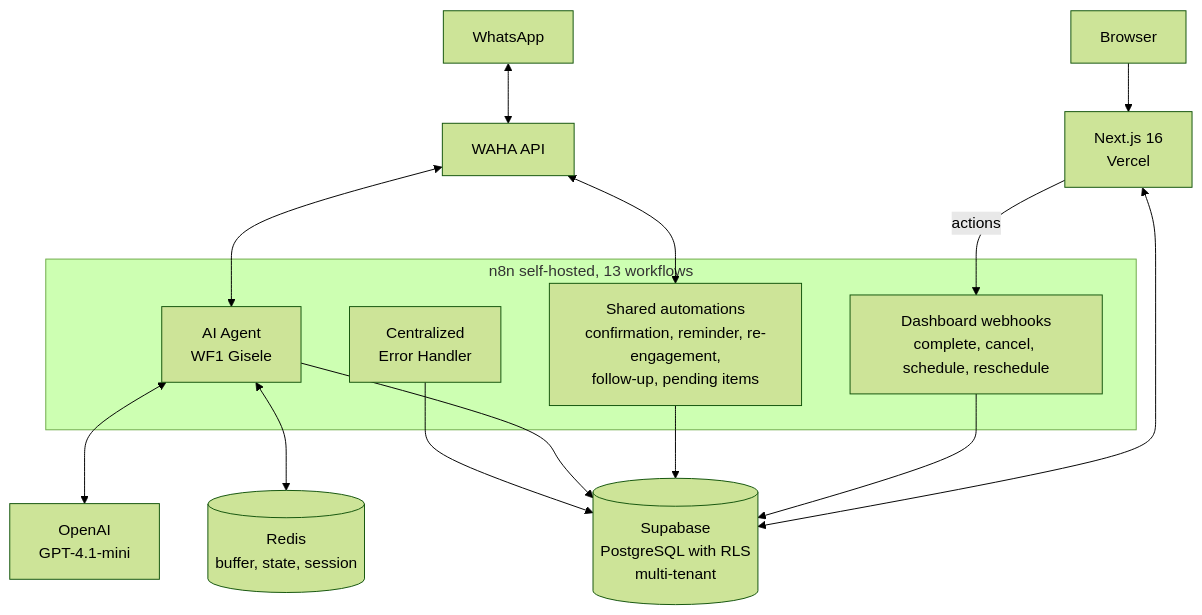
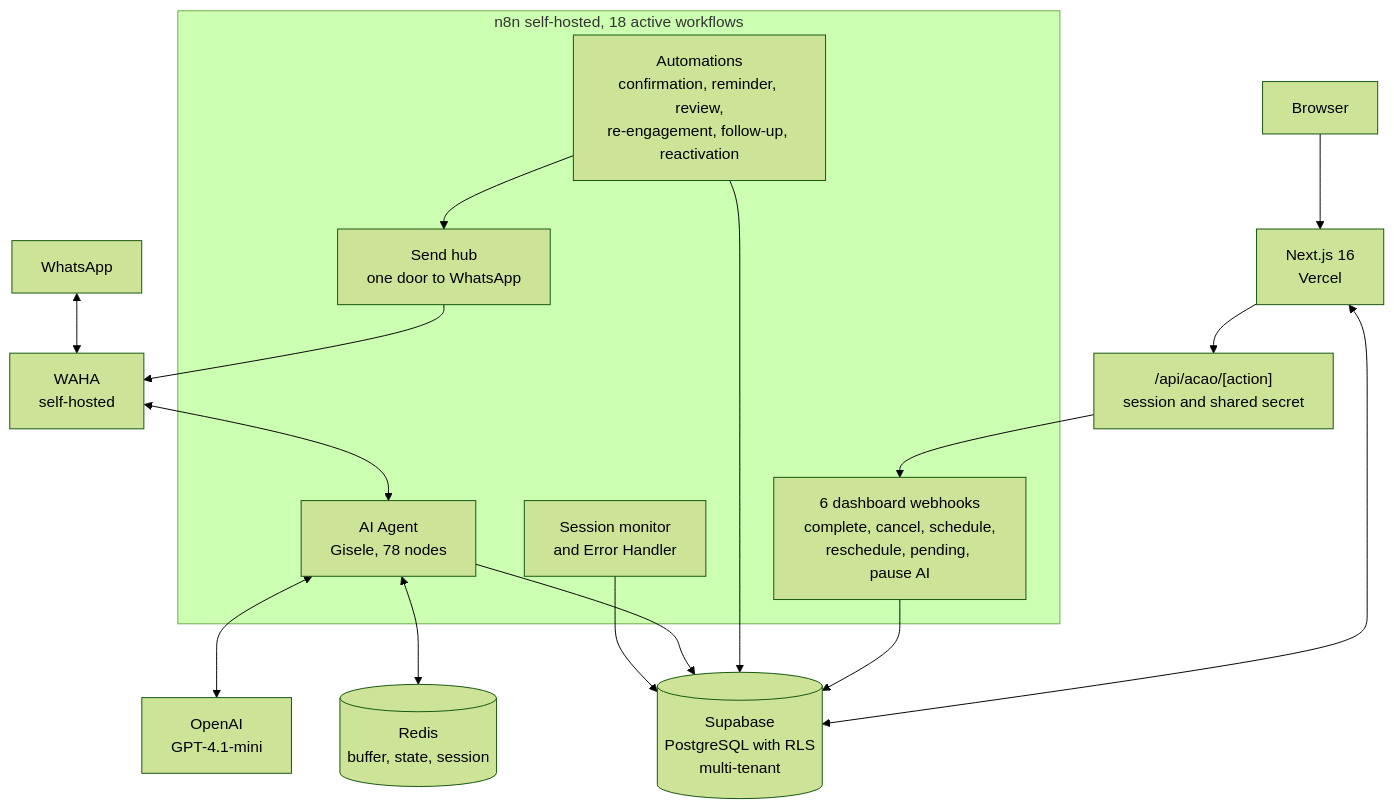
Before and after one commit to Guilherme-Bosco/mns-control-showcase: the diagram in README.md, drawn with Mermaid (forest theme). The commit also changed other lines of this file, not shown here.

````diff
--- a/README.md
+++ b/README.md
@@ -82,32 +95,36 @@
 ```mermaid
 flowchart TB
     WA["WhatsApp"]
-    Zap["WAHA API"]
+    WAHA["WAHA<br/>self-hosted"]
     GPT["OpenAI<br/>GPT-4.1-mini"]
     Redis[("Redis<br/>buffer, state, session")]
 
-    subgraph n8n_layer["n8n self-hosted, 13 workflows"]
-        Agent["AI Agent<br/>WF1 Gisele"]
-        Auto["Shared automations<br/>confirmation, reminder, re-engagement,<br/>follow-up, pending items"]
-        Webhooks["Dashboard webhooks<br/>complete, cancel, schedule, reschedule"]
-        ErrHandler["Centralized<br/>Error Handler"]
+    subgraph n8n_layer["n8n self-hosted, 18 active workflows"]
+        Agent["AI Agent<br/>Gisele, 78 nodes"]
+        Central["Send hub<br/>one door to WhatsApp"]
+        Auto["Automations<br/>confirmation, reminder, review,<br/>re-engagement, follow-up, reactivation"]
+        Webhooks["6 dashboard webhooks<br/>complete, cancel, schedule,<br/>reschedule, pending, pause AI"]
+        Monitor["Session monitor<br/>and Error Handler"]
     end
 
     Browser["Browser"]
     NextJS["Next.js 16<br/>Vercel"]
+    Route["/api/acao/[action]<br/>session and shared secret"]
     Supabase[("Supabase<br/>PostgreSQL with RLS<br/>multi-tenant")]
 
-    WA <--> Zap
-    Zap <--> Agent
-    Zap <--> Auto
+    WA <--> WAHA
+    WAHA <--> Agent
+    Central --> WAHA
     Agent <--> GPT
     Agent <--> Redis
 
     Browser --> NextJS
     NextJS <--> Supabase
-    NextJS -->|actions| Webhooks
+    NextJS --> Route
+    Route --> Webhooks
     Webhooks --> Supabase
+    Auto --> Central
     Auto --> Supabase
     Agent --> Supabase
-    ErrHandler --> Supabase
+    Monitor --> Supabase
 ```
````
